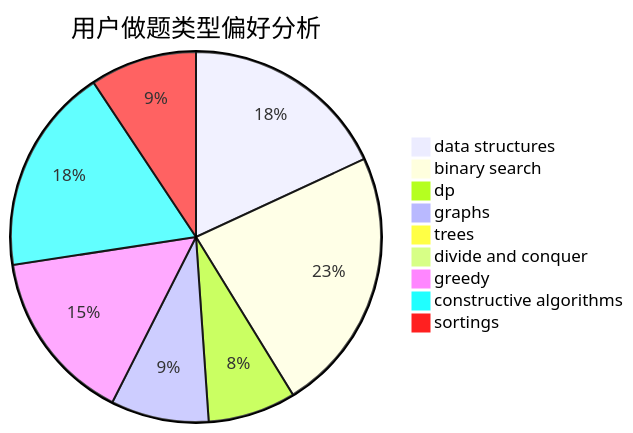
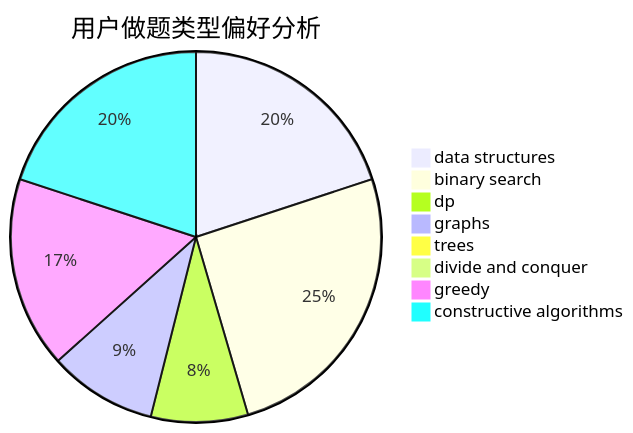
One commit to sherpahu/cfrs.github.io changed the second of 3 diagrams in docs/user/u0.md. Above: the diagram before and after it, drawn with Mermaid. The commit also changed other lines of this file and 2769 other files, not shown here.

````diff
--- a/docs/user/u0.md
+++ b/docs/user/u0.md
@@ -18,12 +18,11 @@
 ```mermaid
 pie title 用户做题类型偏好分析
     "data structures" :  165
     "binary search" :  211
     "dp" :  70
     "graphs" :  78
     "trees" :  4
     "divide and conquer" :  0
     "greedy" :  138
     "constructive algorithms" :  165
-    "sortings" :  85
 ```
````
